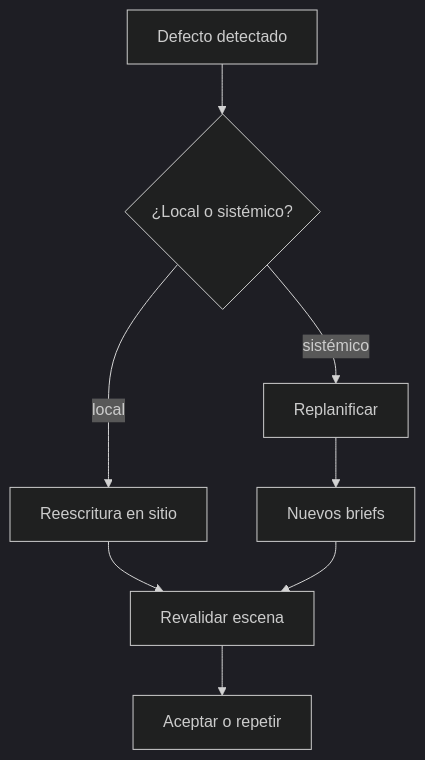
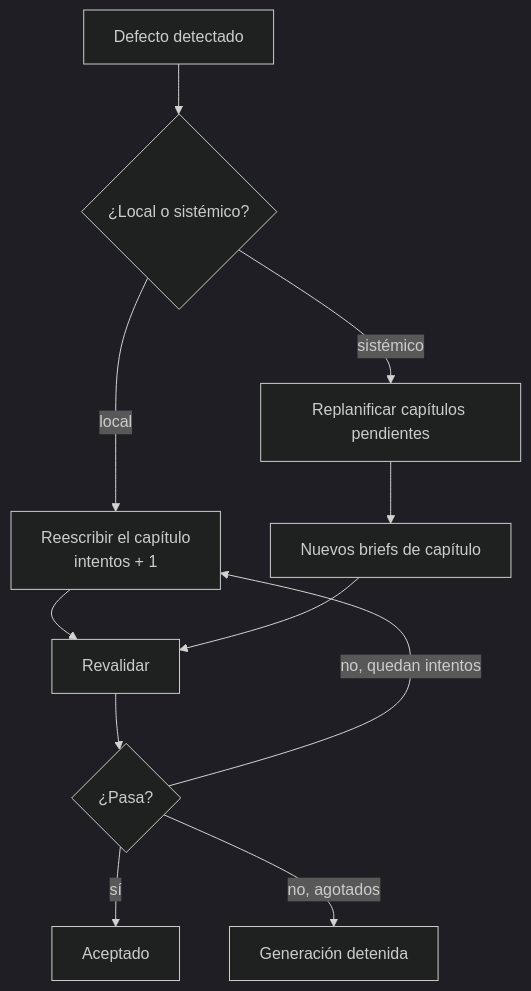
Diagram 15 of 21 in docs/domain-knowledge.md (BrunoCrz3/MyStory), drawn with Mermaid (dark theme) before and after one commit. The commit also changed other lines of this file and 5 other files, not shown here.

````diff
--- a/docs/domain-knowledge.md
+++ b/docs/domain-knowledge.md
@@ -307,10 +312,13 @@
 ```mermaid
 flowchart TD
   DEF[Defecto detectado] --> CLS{¿Local o sistémico?}
-  CLS -->|local| EDI[Reescritura en sitio]
-  CLS -->|sistémico| PLN[Replanificar]
-  EDI --> VAL[Revalidar escena]
-  PLN --> BRF[Nuevos briefs]
+  CLS -->|local| REW[Reescribir el capítulo<br/>intentos + 1]
+  CLS -->|sistémico| PLN[Replanificar capítulos pendientes]
+  REW --> VAL[Revalidar]
+  PLN --> BRF[Nuevos briefs de capítulo]
   BRF --> VAL
-  VAL --> ACP[Aceptar o repetir]
+  VAL --> ACP{¿Pasa?}
+  ACP -->|sí| OK[Aceptado]
+  ACP -->|no, quedan intentos| REW
+  ACP -->|no, agotados| STOP[Generación detenida]
 ```
````
